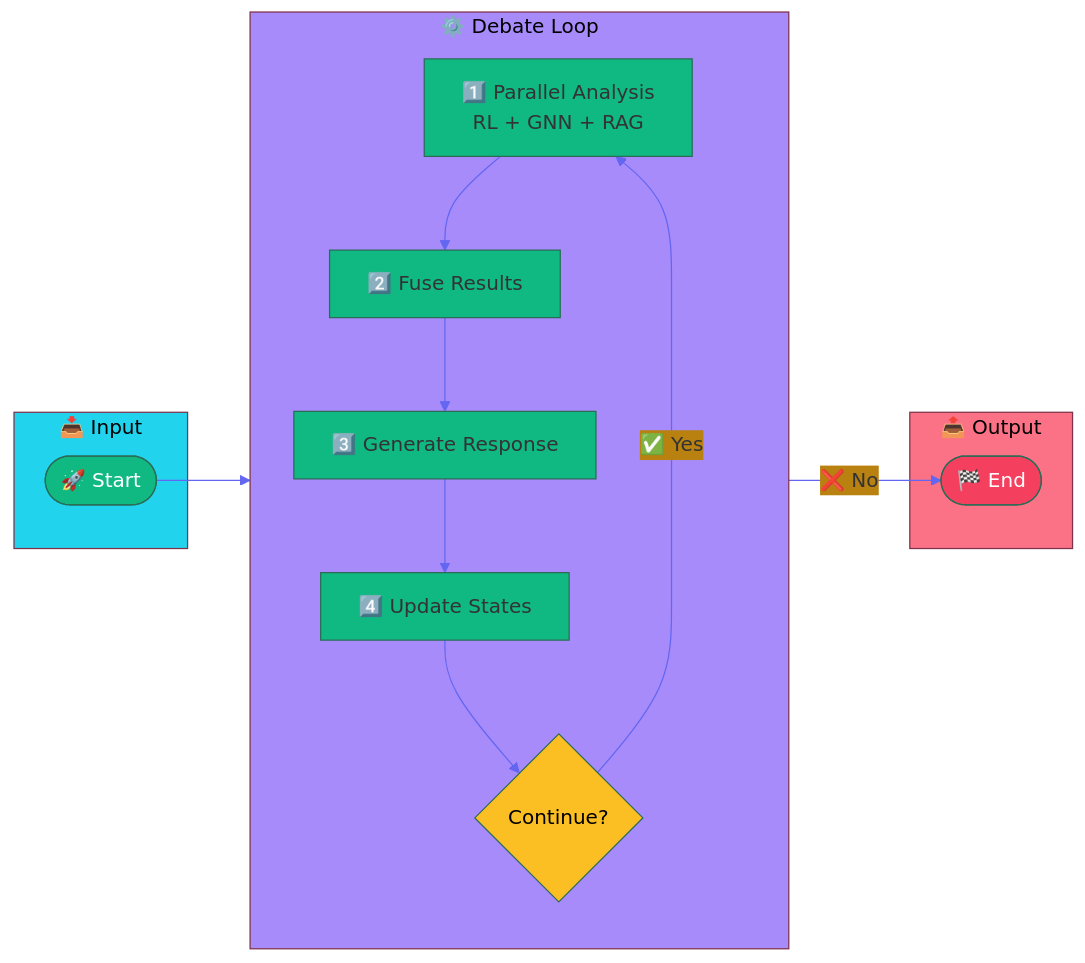
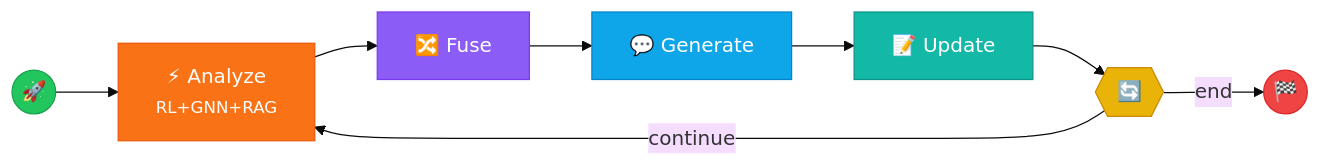
One commit to AluminumShark/Social-Debate-AI changed the second of 5 diagrams in README.md. Above: the diagram before and after it, drawn with Mermaid. The commit also changed other lines of this file, not shown here.

First line of the commit message:
style(docs): redesign README Mermaid diagrams for better aesthetics

````diff
--- a/README.md
+++ b/README.md
@@ -94,36 +87,25 @@
 ```mermaid
-%%{init: {'theme': 'base', 'themeVariables': { 'primaryColor': '#10b981', 'lineColor': '#6366f1'}}}%%
+%%{init: {'theme': 'base'}}%%
 flowchart LR
-    subgraph Input["📥 Input"]
-        Start(["🚀 Start"])
-    end
+    S((🚀))
+    S --> A
 
-    subgraph Process["⚙️ Debate Loop"]
-        direction TB
-        Analyze["1️⃣ Parallel Analysis<br/>RL + GNN + RAG"]
-        Fuse["2️⃣ Fuse Results"]
-        Generate["3️⃣ Generate Response"]
-        Update["4️⃣ Update States"]
-        Check{"Continue?"}
-        
-        Analyze --> Fuse
-        Fuse --> Generate
-        Generate --> Update
-        Update --> Check
-        Check -->|"✅ Yes"| Analyze
-    end
+    A["⚡ Analyze<br/><small>RL+GNN+RAG</small>"]
+    B["🔀 Fuse"]
+    C["💬 Generate"]
+    D["📝 Update"]
+    E{{"🔄"}}
+    F((🏁))
 
-    subgraph Output["📤 Output"]
-        End(["🏁 End"])
-    end
+    A --> B --> C --> D --> E
+    E -->|"continue"| A
+    E -->|"end"| F
 
-    Start --> Analyze
-    Check -->|"❌ No"| End
-
-    style Input fill:#22d3ee,color:#000
-    style Process fill:#a78bfa,color:#000
-    style Output fill:#fb7185,color:#000
-    style Start fill:#10b981,color:#fff
-    style End fill:#f43f5e,color:#fff
-    style Check fill:#fbbf24,color:#000
+    style S fill:#22c55e,stroke:#16a34a,color:#fff
+    style A fill:#f97316,stroke:#ea580c,color:#fff
+    style B fill:#8b5cf6,stroke:#7c3aed,color:#fff
+    style C fill:#0ea5e9,stroke:#0284c7,color:#fff
+    style D fill:#14b8a6,stroke:#0d9488,color:#fff
+    style E fill:#eab308,stroke:#ca8a04,color:#000
+    style F fill:#ef4444,stroke:#dc2626,color:#fff
 ```
````
